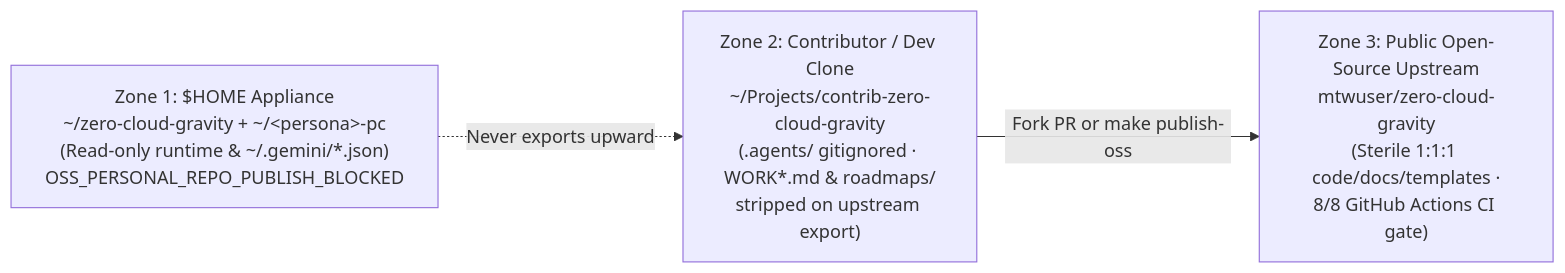
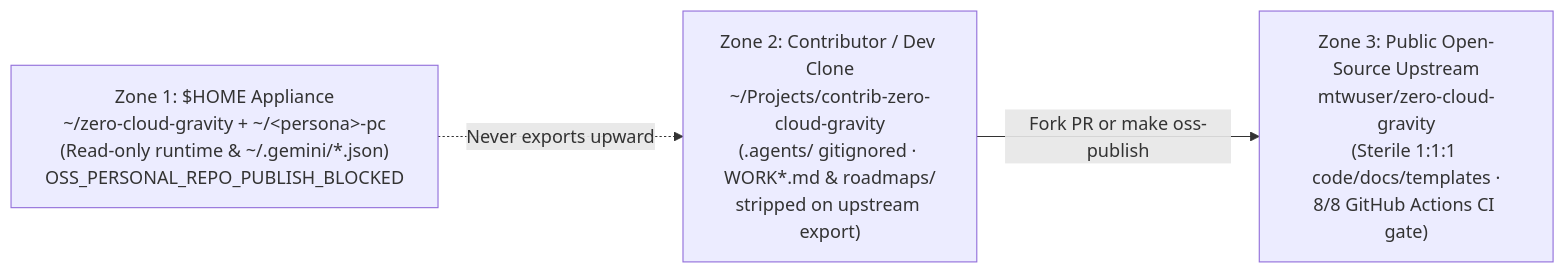
One commit to mtwuser/zero-cloud-gravity changed the diagram in CONTRIBUTING.md. Above: the diagram before and after it, drawn with Mermaid. The commit also changed other lines of this file and 101 other files, not shown here.

````diff
--- a/CONTRIBUTING.md
+++ b/CONTRIBUTING.md
@@ -31,8 +31,8 @@
 ```mermaid
 flowchart LR
     Z1["Zone 1: $HOME Appliance\n~/zero-cloud-gravity + ~/&lt;persona&gt;-pc\n(Read-only runtime & ~/.gemini/*.json)\nOSS_PERSONAL_REPO_PUBLISH_BLOCKED"]
     Z2["Zone 2: Contributor / Dev Clone\n~/Projects/contrib-zero-cloud-gravity\n(.agents/ gitignored · WORK*.md & roadmaps/\nstripped on upstream export)"]
     Z3["Zone 3: Public Open-Source Upstream\nmtwuser/zero-cloud-gravity\n(Sterile 1:1:1 code/docs/templates ·\n8/8 GitHub Actions CI gate)"]
     Z1 -.->|"Never exports upward"| Z2
-    Z2 -->|"Fork PR or make publish-oss"| Z3
+    Z2 -->|"Fork PR or make oss-publish"| Z3
 ```
````
